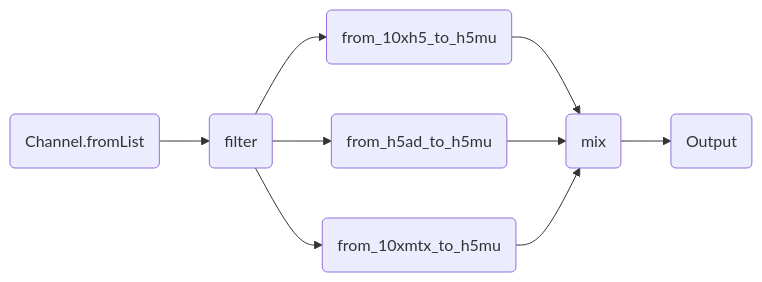
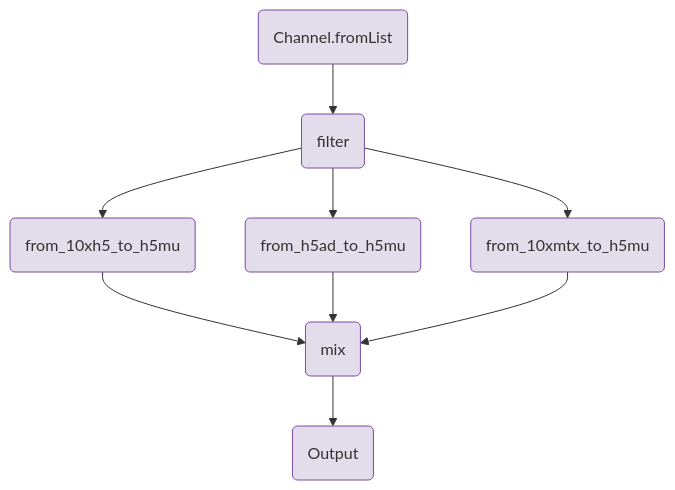
One commit to openpipelines-bio/website changed the diagram in components/workflows/ingestion/conversion.qmd. Above: the diagram before and after it, drawn with Mermaid. The commit also changed 21 other files, not shown here.

````diff
--- a/components/workflows/ingestion/conversion.qmd
+++ b/components/workflows/ingestion/conversion.qmd
@@ -105,20 +105,26 @@
 ```{mermaid}
-%%| column: screen-inset-shaded
-flowchart LR
+flowchart TB
     v0(Channel.fromList)
     v2(filter)
     v19(from_10xh5_to_h5mu)
     v78(mix)
     v42(from_h5ad_to_h5mu)
     v65(from_10xmtx_to_h5mu)
     v94(Output)
     v0-->v2
     v2-->v19
     v19-->v78
     v2-->v42
     v42-->v78
     v2-->v65
     v65-->v78
     v78-->v94
+    style v0 fill:#e3dcea,stroke:#7a4baa;
+    style v2 fill:#e3dcea,stroke:#7a4baa;
+    style v19 fill:#e3dcea,stroke:#7a4baa;
+    style v78 fill:#e3dcea,stroke:#7a4baa;
+    style v42 fill:#e3dcea,stroke:#7a4baa;
+    style v65 fill:#e3dcea,stroke:#7a4baa;
+    style v94 fill:#e3dcea,stroke:#7a4baa;
 
 ```
````
